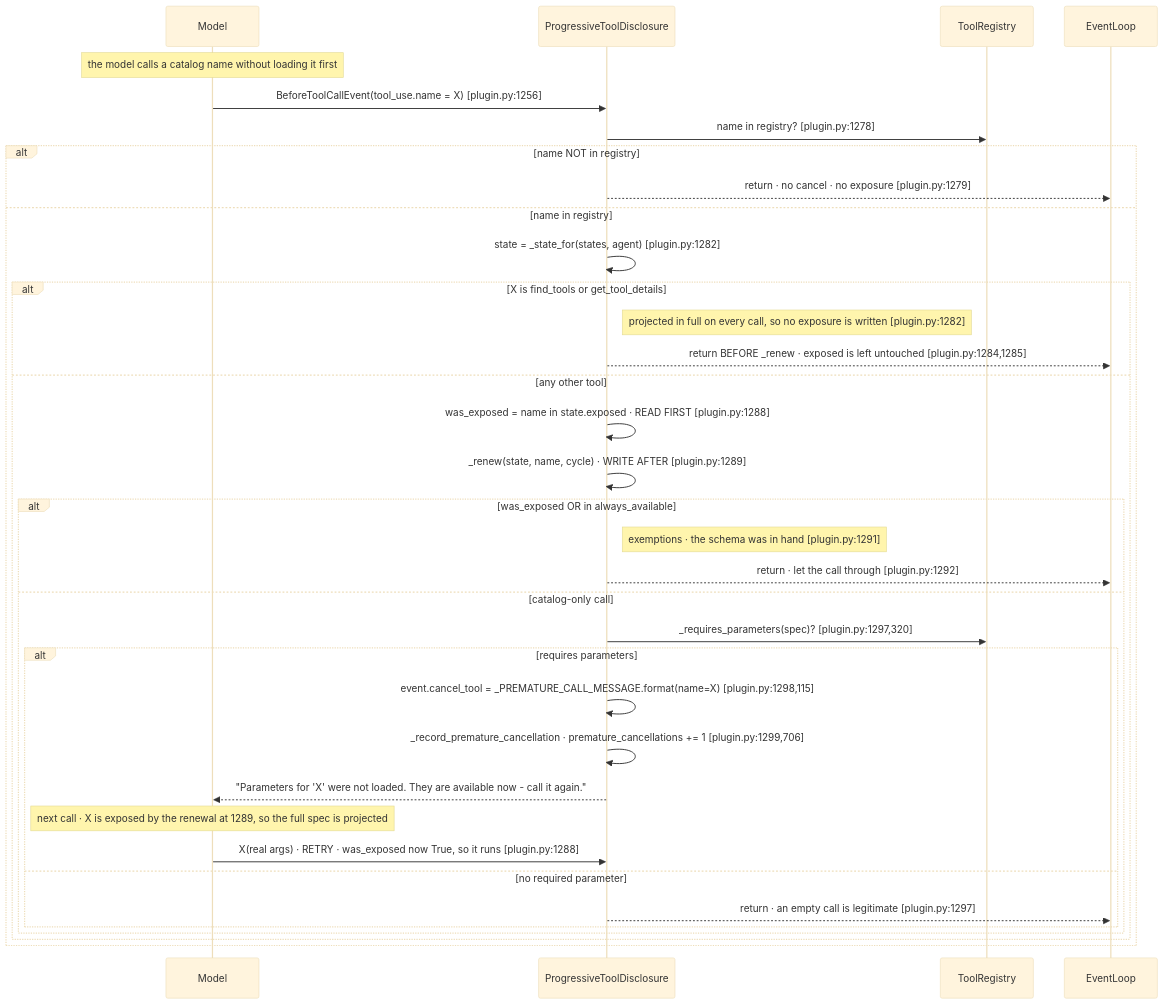
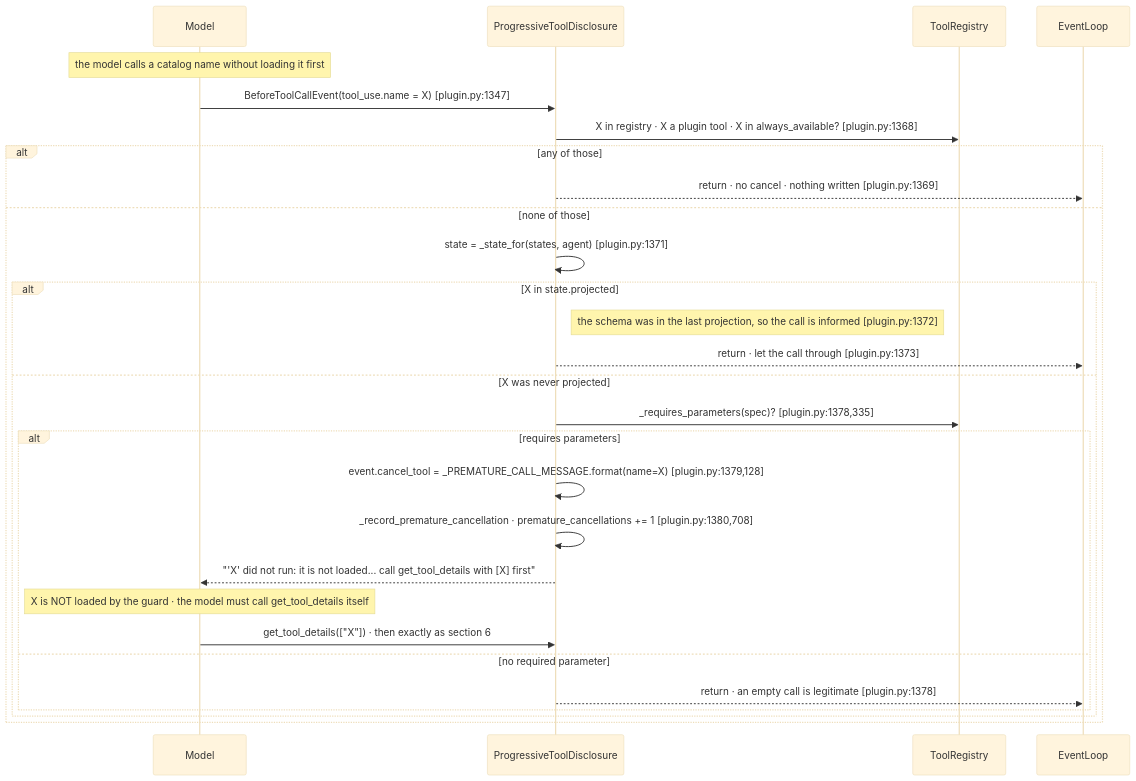
The fifth of 6 diagrams in docs/design/sequence/sequence-b-progressive-tool-disclosure.md (aws-samples/sample-context-engineering), drawn with Mermaid (base theme) before and after one commit. The commit also changed other lines of this file and 11 other files, not shown here.

First line of the commit message:
docs: bring design, sequence and how-to docs to the current code

````diff
--- a/docs/design/sequence/sequence-b-progressive-tool-disclosure.md
+++ b/docs/design/sequence/sequence-b-progressive-tool-disclosure.md
@@ -277,38 +391,31 @@
 ```mermaid
 sequenceDiagram
     participant Model
     participant Plugin as ProgressiveToolDisclosure
     participant Reg as ToolRegistry
     participant EventLoop
 
     Note over Model: the model calls a catalog name without loading it first
-    Model->>Plugin: BeforeToolCallEvent(tool_use.name = X) [plugin.py:1256]
-    Plugin->>Reg: name in registry? [plugin.py:1278]
-    alt name NOT in registry
-        Plugin-->>EventLoop: return · no cancel · no exposure [plugin.py:1279]
-    else name in registry
-        Plugin->>Plugin: state = _state_for(states, agent) [plugin.py:1282]
-        alt X is find_tools or get_tool_details
-            Note right of Plugin: projected in full on every call, so no exposure is written [plugin.py:1282]
-            Plugin-->>EventLoop: return BEFORE _renew · exposed is left untouched [plugin.py:1284,1285]
-        else any other tool
-            Plugin->>Plugin: was_exposed = name in state.exposed · READ FIRST [plugin.py:1288]
-            Plugin->>Plugin: _renew(state, name, cycle) · WRITE AFTER [plugin.py:1289]
-            alt was_exposed OR in always_available
-                Note right of Plugin: exemptions · the schema was in hand [plugin.py:1291]
-                Plugin-->>EventLoop: return · let the call through [plugin.py:1292]
-            else catalog-only call
-                Plugin->>Reg: _requires_parameters(spec)? [plugin.py:1297,320]
-                alt requires parameters
-                    Plugin->>Plugin: event.cancel_tool = _PREMATURE_CALL_MESSAGE.format(name=X) [plugin.py:1298,115]
-                    Plugin->>Plugin: _record_premature_cancellation · premature_cancellations += 1 [plugin.py:1299,706]
-                    Plugin-->>Model: "Parameters for 'X' were not loaded. They are available now - call it again."
-                    Note over Model: next call · X is exposed by the renewal at 1289, so the full spec is projected
-                    Model->>Plugin: X(real args) · RETRY · was_exposed now True, so it runs [plugin.py:1288]
-                else no required parameter
-                    Plugin-->>EventLoop: return · an empty call is legitimate [plugin.py:1297]
-                end
+    Model->>Plugin: BeforeToolCallEvent(tool_use.name = X) [plugin.py:1347]
+    Plugin->>Reg: X in registry · X a plugin tool · X in always_available? [plugin.py:1368]
+    alt any of those
+        Plugin-->>EventLoop: return · no cancel · nothing written [plugin.py:1369]
+    else none of those
+        Plugin->>Plugin: state = _state_for(states, agent) [plugin.py:1371]
+        alt X in state.projected
+            Note right of Plugin: the schema was in the last projection, so the call is informed [plugin.py:1372]
+            Plugin-->>EventLoop: return · let the call through [plugin.py:1373]
+        else X was never projected
+            Plugin->>Reg: _requires_parameters(spec)? [plugin.py:1378,335]
+            alt requires parameters
+                Plugin->>Plugin: event.cancel_tool = _PREMATURE_CALL_MESSAGE.format(name=X) [plugin.py:1379,128]
+                Plugin->>Plugin: _record_premature_cancellation · premature_cancellations += 1 [plugin.py:1380,708]
+                Plugin-->>Model: "'X' did not run: it is not loaded... call get_tool_details with [X] first"
+                Note over Model: X is NOT loaded by the guard · the model must call get_tool_details itself
+                Model->>Plugin: get_tool_details(["X"]) · then exactly as section 6
+            else no required parameter
+                Plugin-->>EventLoop: return · an empty call is legitimate [plugin.py:1378]
             end
         end
     end
 ```
````
